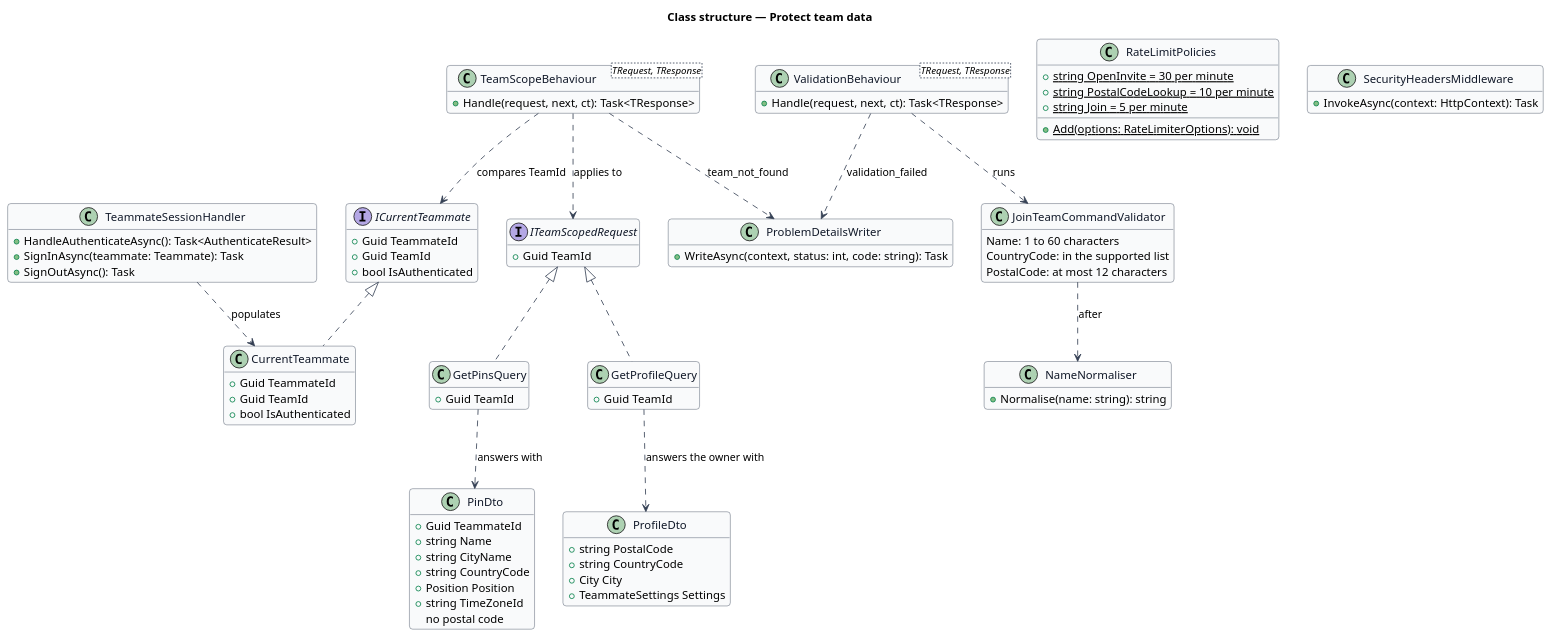
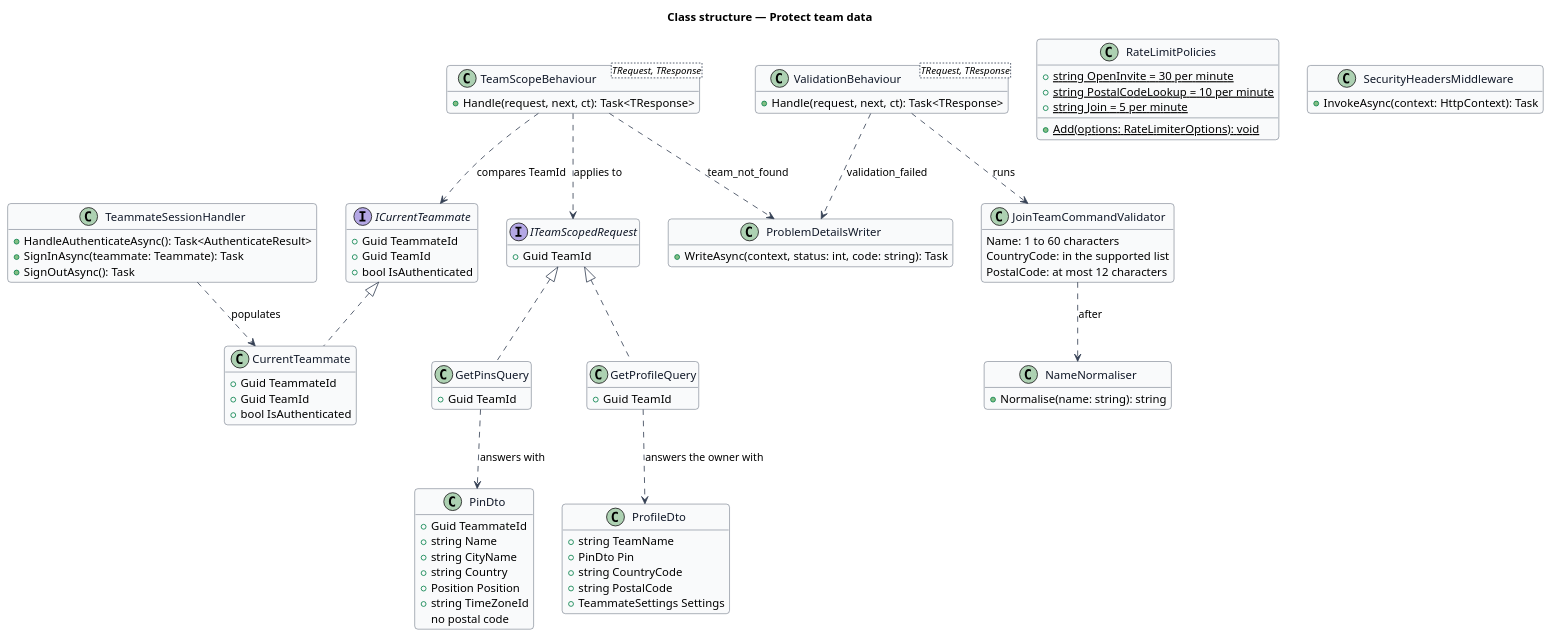
Before and after one commit to QuinntyneBrown/Mondino: the diagram in docs/detailed-designs/platform/protect-team-data/diagrams/class-structure.puml, drawn with PlantUML. The commit also changed 5 other files, not shown here.

```diff
--- a/docs/detailed-designs/platform/protect-team-data/diagrams/class-structure.puml
+++ b/docs/detailed-designs/platform/protect-team-data/diagrams/class-structure.puml
@@ -1,107 +1,108 @@
 @startuml
 skinparam backgroundColor #FFFFFF
 skinparam shadowing false
 skinparam roundcorner 8
 skinparam defaultFontName Arial
 skinparam ArrowColor #344054
 skinparam class {
   BorderColor #344054
   FontColor #101828
   BackgroundColor #F9FAFB
 }
 hide empty members
 title Class structure — Protect team data
 
 interface ICurrentTeammate {
   +Guid TeammateId
   +Guid TeamId
   +bool IsAuthenticated
 }
 
 class CurrentTeammate {
   +Guid TeammateId
   +Guid TeamId
   +bool IsAuthenticated
 }
 
 class TeammateSessionHandler {
   +HandleAuthenticateAsync(): Task<AuthenticateResult>
   +SignInAsync(teammate: Teammate): Task
   +SignOutAsync(): Task
 }
 
 interface ITeamScopedRequest {
   +Guid TeamId
 }
 
 class TeamScopeBehaviour<TRequest, TResponse> {
   +Handle(request, next, ct): Task<TResponse>
 }
 
 class ValidationBehaviour<TRequest, TResponse> {
   +Handle(request, next, ct): Task<TResponse>
 }
 
 class JoinTeamCommandValidator {
   Name: 1 to 60 characters
   CountryCode: in the supported list
   PostalCode: at most 12 characters
 }
 
 class NameNormaliser {
   +Normalise(name: string): string
 }
 
 class RateLimitPolicies {
   +{static} string OpenInvite = 30 per minute
   +{static} string PostalCodeLookup = 10 per minute
   +{static} string Join = 5 per minute
   +{static} Add(options: RateLimiterOptions): void
 }
 
 class SecurityHeadersMiddleware {
   +InvokeAsync(context: HttpContext): Task
 }
 
 class ProblemDetailsWriter {
   +WriteAsync(context, status: int, code: string): Task
 }
 
 class PinDto {
   +Guid TeammateId
   +string Name
   +string CityName
-  +string CountryCode
+  +string Country
   +Position Position
   +string TimeZoneId
   no postal code
 }
 
 class ProfileDto {
+  +string TeamName
+  +PinDto Pin
+  +string CountryCode
   +string PostalCode
-  +string CountryCode
-  +City City
   +TeammateSettings Settings
 }
 
 class GetPinsQuery {
   +Guid TeamId
 }
 
 class GetProfileQuery {
   +Guid TeamId
 }
 
 ICurrentTeammate <|.. CurrentTeammate
 TeammateSessionHandler ..> CurrentTeammate : populates
 TeamScopeBehaviour ..> ICurrentTeammate : compares TeamId
 TeamScopeBehaviour ..> ITeamScopedRequest : applies to
 ITeamScopedRequest <|.. GetPinsQuery
 ITeamScopedRequest <|.. GetProfileQuery
 TeamScopeBehaviour ..> ProblemDetailsWriter : team_not_found
 ValidationBehaviour ..> JoinTeamCommandValidator : runs
 ValidationBehaviour ..> ProblemDetailsWriter : validation_failed
 JoinTeamCommandValidator ..> NameNormaliser : after
 GetPinsQuery ..> PinDto : answers with
 GetProfileQuery ..> ProfileDto : answers the owner with
 @enduml
```
